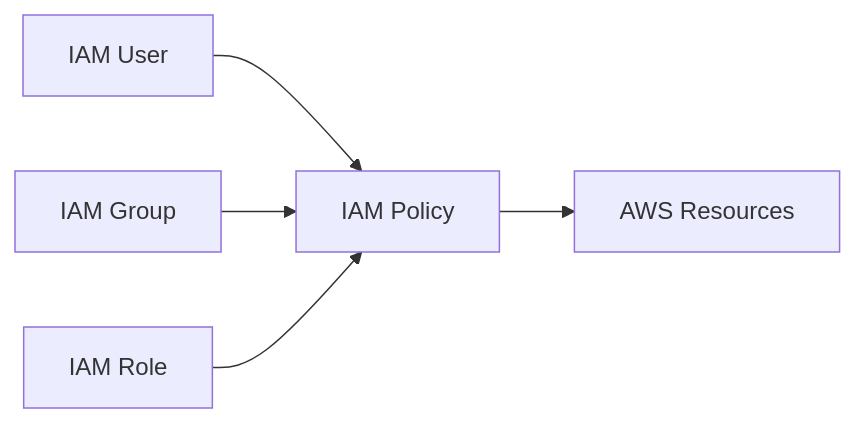
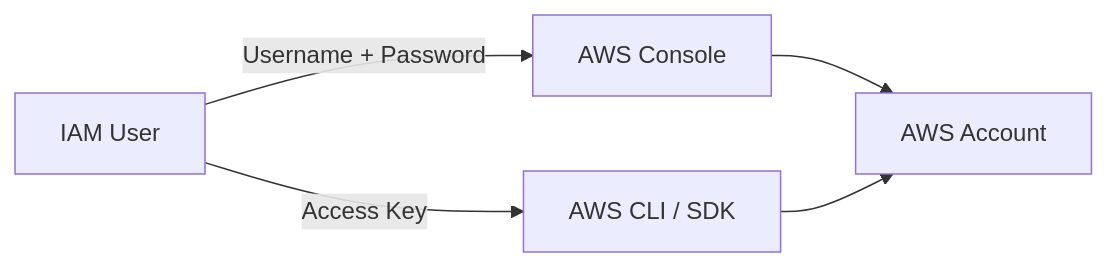
Before and after one commit to noir1458/noir1458.github.io: the third of 33 diagrams in content/posts/02.Security/aws/aws-ccp-2/index.md, drawn with Mermaid. The commit also changed other lines of this file and 5 other files, not shown here.

````diff
--- a/content/posts/02.Security/aws/aws-ccp-2/index.md
+++ b/content/posts/02.Security/aws/aws-ccp-2/index.md
@@ -96,7 +142,8 @@
 ```mermaid
 flowchart LR
-    U[IAM User] --> P[IAM Policy]
-    G[IAM Group] --> P
-    R[IAM Role] --> P
-    P --> A[AWS Resources]
+    U[IAM User]
+    U -->|Username + Password| C[AWS Console]
+    U -->|Access Key| CLI[AWS CLI / SDK]
+    C --> AWS[AWS Account]
+    CLI --> AWS
 ```
````
